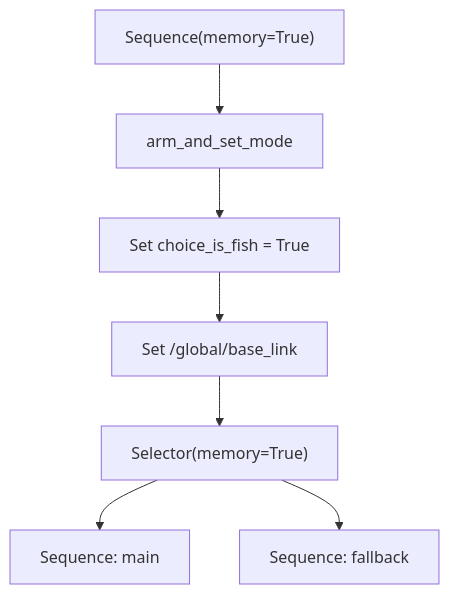
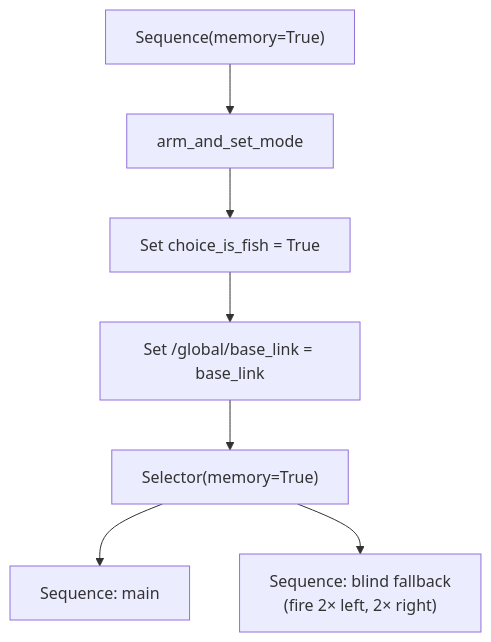
Before and after one commit to BumblebeeAS/release: the diagram in docs/strategies/torpedo.md, drawn with Mermaid. The commit also changed other lines of this file and 29 other files, not shown here.

````diff
--- a/docs/strategies/torpedo.md
+++ b/docs/strategies/torpedo.md
@@ -21,14 +51,14 @@
 ``` mermaid
 flowchart TD
   ROOT["Sequence(memory=True)"]
   ARM[arm_and_set_mode]
   SETBB1["Set choice_is_fish = True"]
-  SETBB2["Set /global/base_link"]
+  SETBB2["Set /global/base_link = base_link"]
   SEL["Selector(memory=True)"]
   MAIN[Sequence: main]
-  FB[Sequence: fallback]
+  FB["Sequence: blind fallback<br/>(fire 2× left, 2× right)"]
 
   ROOT --> ARM --> SETBB1 --> SETBB2 --> SEL
   SEL --> MAIN
   SEL --> FB
 ```
````
